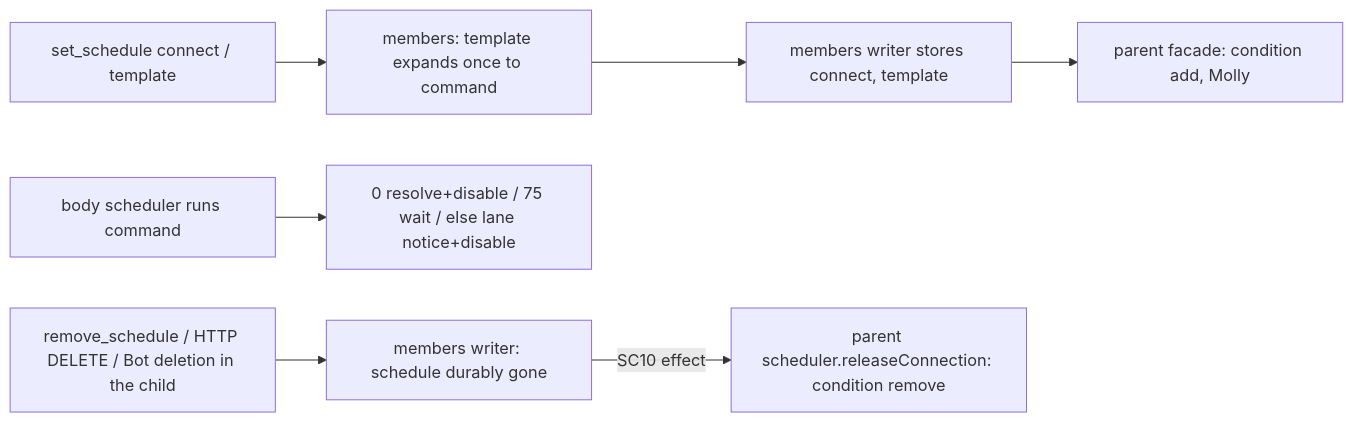
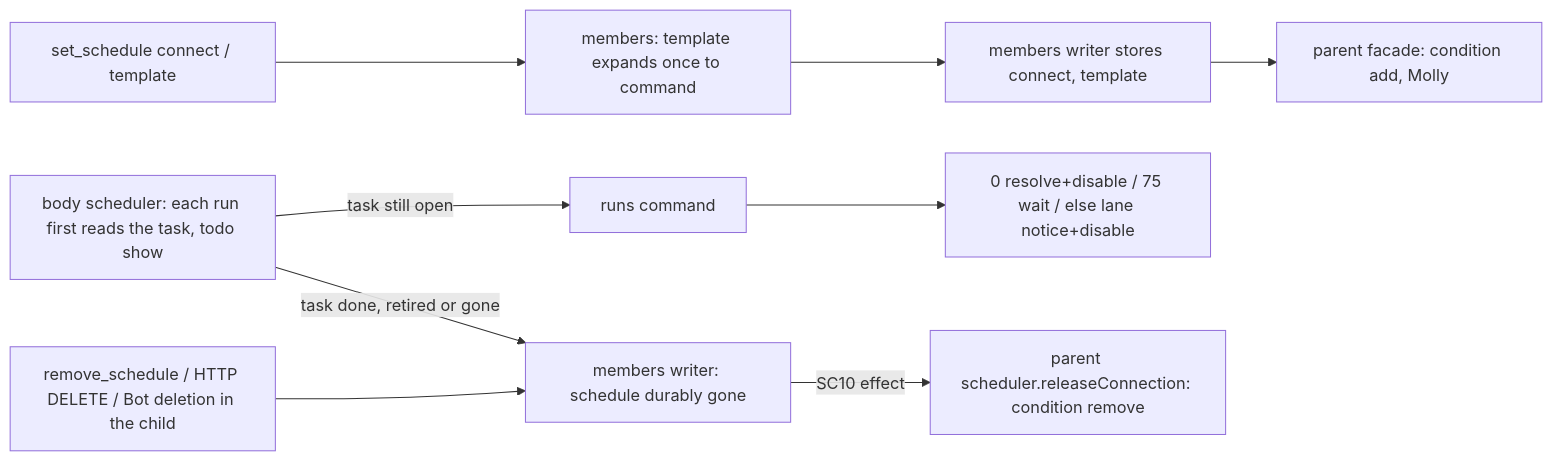
One commit to kitepon/BellTeam changed the sixth of 6 diagrams in docs/architecture/modules/members/schedules.md. Above: the diagram before and after it, drawn with Mermaid. The commit also changed other lines of this file and 4 other files, not shown here.

First line of the commit message:
A connected schedule ends with its task: done, retired or gone removes it

````diff
--- a/docs/architecture/modules/members/schedules.md
+++ b/docs/architecture/modules/members/schedules.md
@@ -220,9 +220,10 @@
 ```mermaid
 flowchart LR
   Save[set_schedule connect / template] --> Expand[members: template expands once to command]
   Expand --> Store[members writer stores connect, template]
   Store --> Add[parent facade: condition add, Molly]
-  Run[body scheduler runs command] --> Settle[0 resolve+disable / 75 wait / else lane notice+disable]
+  Run[body scheduler: each run first reads the task, todo show] -->|task done, retired or gone| Gone
+  Run -->|task still open| Cmd[runs command] --> Settle[0 resolve+disable / 75 wait / else lane notice+disable]
   Remove[remove_schedule / HTTP DELETE / Bot deletion in the child] --> Gone[members writer: schedule durably gone]
   Gone -->|SC10 effect| Release[parent scheduler.releaseConnection: condition remove]
 ```
````
